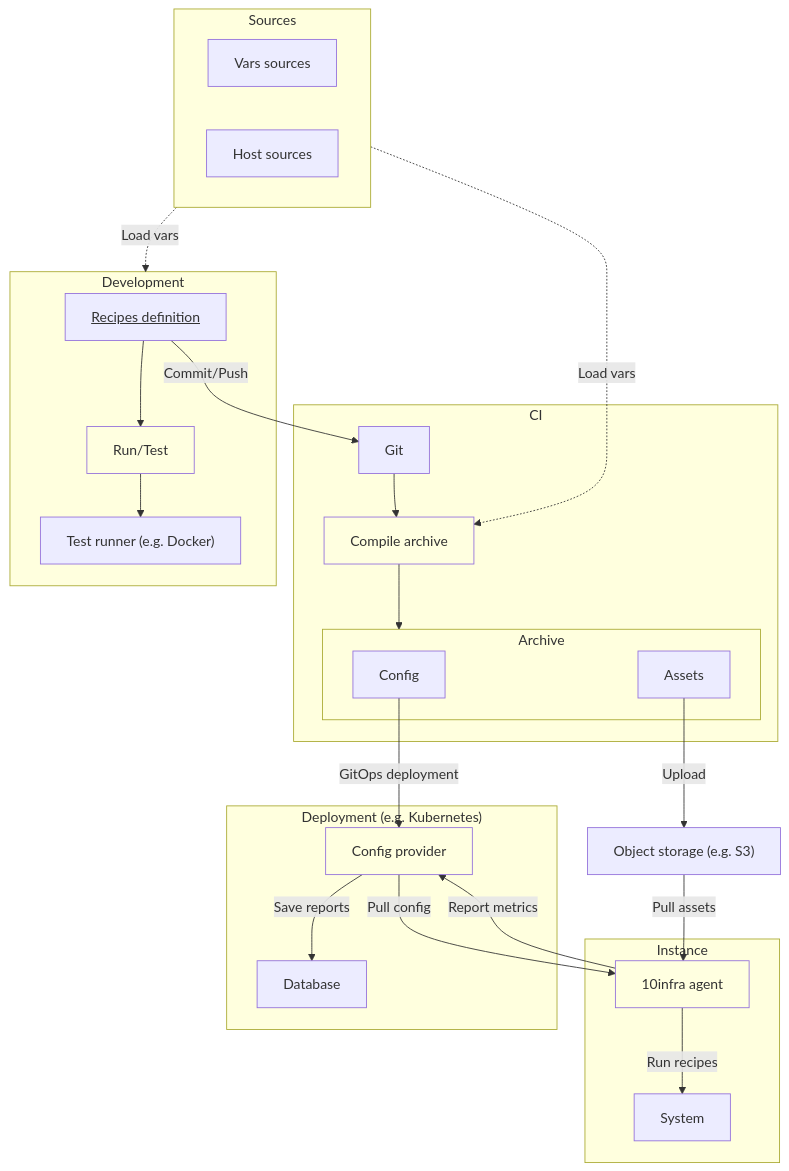
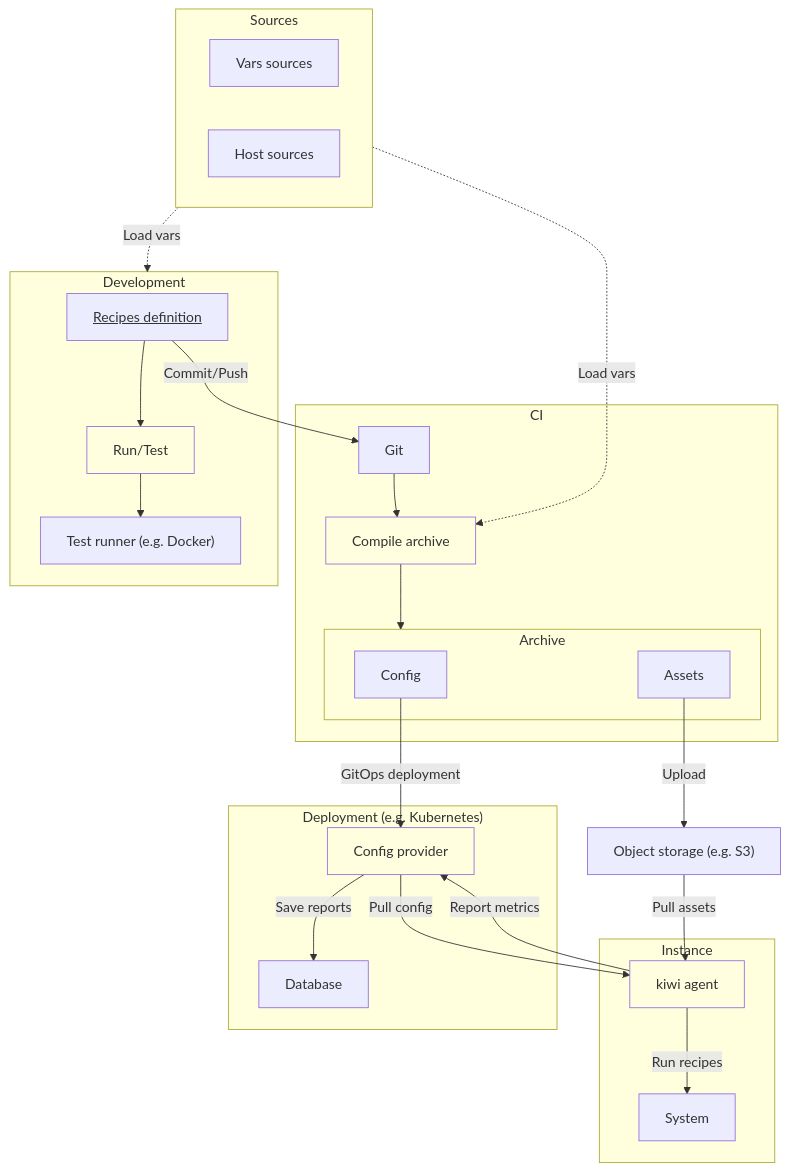
One commit to InfraKiwi/kiwi-provider changed the diagram in docs/core/README.md. Above: the diagram before and after it, drawn with Mermaid. The commit also changed other lines of this file and 128 other files, not shown here.

Commit message:
Lotsa changes and a new name! InfraKiwi!

````diff
--- a/docs/core/README.md
+++ b/docs/core/README.md
@@ -16,57 +16,57 @@
 ```mermaid
 flowchart TD
     classDef binary fill: lightYellow;
     classDef clickable text-decoration: underline;
     subgraph Sources
         direction LR
         VarsSources["Vars sources"]
         HostSources["Host sources"]
     end
 
     subgraph Development
         Code["Recipes definition"]
         Test["Run/Test"]
         TestRunner["Test runner (e.g. Docker)"]
         Code --> Test
         Test --> TestRunner
         class Test binary
         click Code href "../recipes"
     end
 
     subgraph Archive
         Config
         Assets
     end
 
     subgraph CI
         Compile["Compile archive"]
         Git --> Compile --> Archive
         class Compile binary
     end
 
     subgraph Deployment["Deployment (e.g. Kubernetes)"]
         configProvider["Config provider"]
         database["Database"]
         configProvider -- Save reports --> database
         class configProvider binary
     end
 
     subgraph Instance
-        agent["10infra agent"]
+        agent["kiwi agent"]
         System
         agent -- Run recipes --> System
         class agent binary
     end
 
 %% Dev phase
     Sources -. Load vars .-> Development
     Code -- Commit/Push --> Git
 %% CI phase
     Sources -. Load vars .-> Compile
     Assets -- Upload --> objectStorage["Object storage (e.g. S3)"]
 %% Deployment phase
     Config -- "GitOps deployment" --> configProvider
     configProvider -- " Pull config " --> agent
     objectStorage -- " Pull assets " --> agent
     agent -- Report metrics --> configProvider
 ```
````
